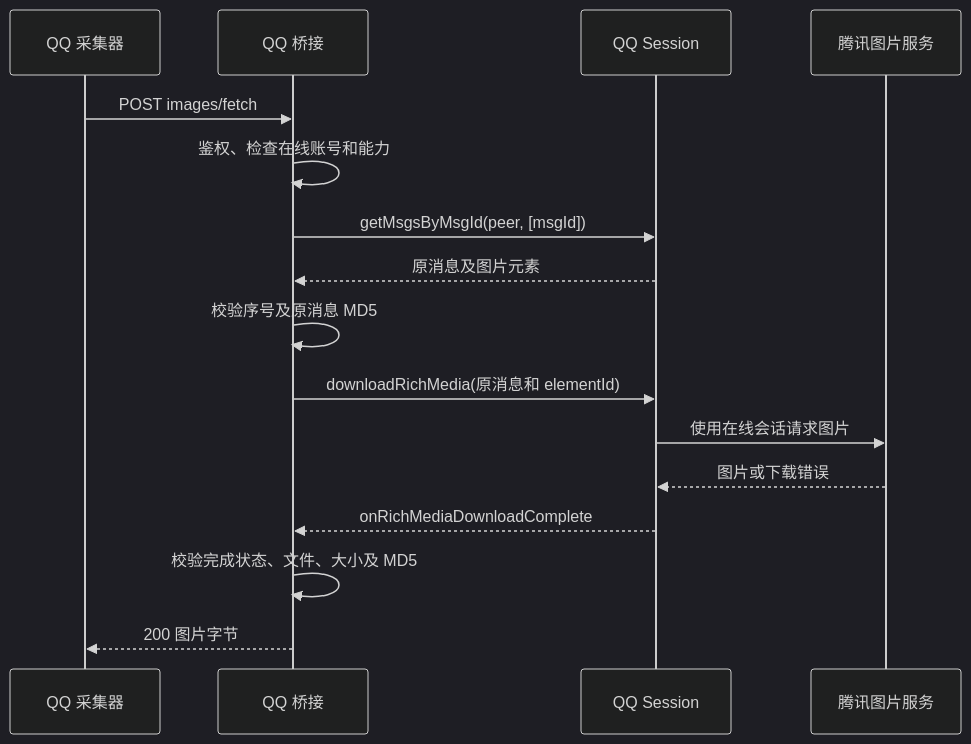
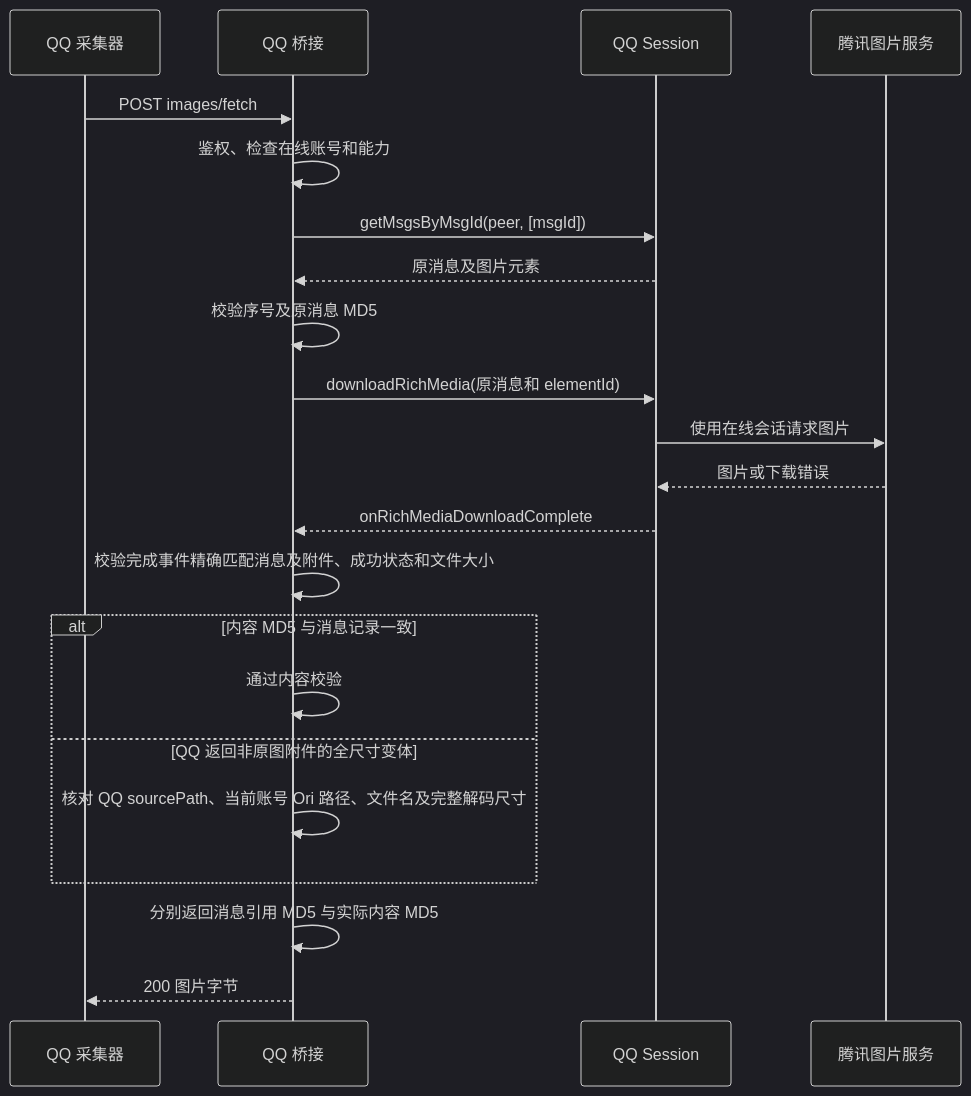
The third of 3 diagrams in integrations/qq/IMAGE_BRIDGE_API.md (bufferducky/ChatLab), drawn with Mermaid (dark theme) before and after one commit. The commit also changed other lines of this file and 73 other files, not shown here.

````diff
--- a/integrations/qq/IMAGE_BRIDGE_API.md
+++ b/integrations/qq/IMAGE_BRIDGE_API.md
@@ -237,18 +237,24 @@
 ```mermaid
 sequenceDiagram
     participant P as QQ 采集器
     participant B as QQ 桥接
     participant Q as QQ Session
     participant S as 腾讯图片服务
     P->>B: POST images/fetch
     B->>B: 鉴权、检查在线账号和能力
     B->>Q: getMsgsByMsgId(peer, [msgId])
     Q-->>B: 原消息及图片元素
     B->>B: 校验序号及原消息 MD5
     B->>Q: downloadRichMedia(原消息和 elementId)
     Q->>S: 使用在线会话请求图片
     S-->>Q: 图片或下载错误
     Q-->>B: onRichMediaDownloadComplete
-    B->>B: 校验完成状态、文件、大小及 MD5
+    B->>B: 校验完成事件精确匹配消息及附件、成功状态和文件大小
+    alt 内容 MD5 与消息记录一致
+        B->>B: 通过内容校验
+    else QQ 返回非原图附件的全尺寸变体
+        B->>B: 核对 QQ sourcePath、当前账号 Ori 路径、文件名及完整解码尺寸
+    end
+    B->>B: 分别返回消息引用 MD5 与实际内容 MD5
     B-->>P: 200 图片字节
 ```
````
